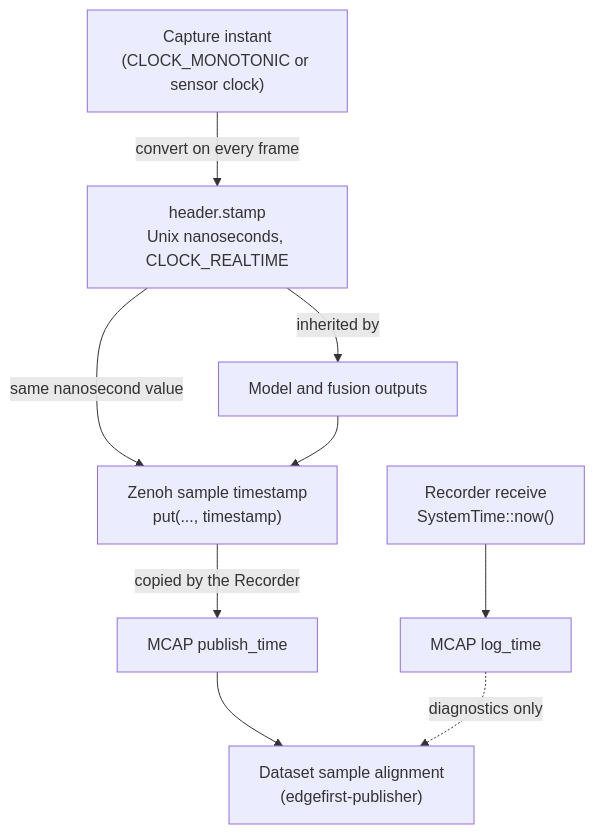
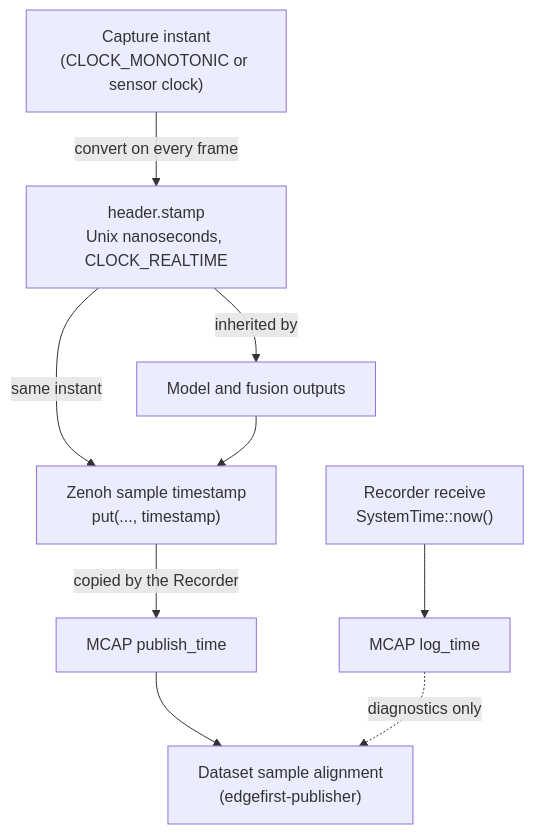
The first of 2 diagrams in docs/perception/clock_sync.md (EdgeFirstAI/documentation), drawn with Mermaid before and after one commit. The commit also changed other lines of this file and 1 other file, not shown here.

````diff
--- a/docs/perception/clock_sync.md
+++ b/docs/perception/clock_sync.md
@@ -19,11 +23,11 @@
 ```mermaid
 flowchart TD
     A["Capture instant<br/>(CLOCK_MONOTONIC or sensor clock)"] -->|"convert on every frame"| B["header.stamp<br/>Unix nanoseconds, CLOCK_REALTIME"]
-    B -->|"same nanosecond value"| C["Zenoh sample timestamp<br/>put(..., timestamp)"]
+    B -->|"same instant"| C["Zenoh sample timestamp<br/>put(..., timestamp)"]
     B -->|"inherited by"| G["Model and fusion outputs"]
     G --> C
     C -->|"copied by the Recorder"| D["MCAP publish_time"]
     R["Recorder receive<br/>SystemTime::now()"] --> E["MCAP log_time"]
     D --> F["Dataset sample alignment<br/>(edgefirst-publisher)"]
     E -.->|"diagnostics only"| F
 ```
````
